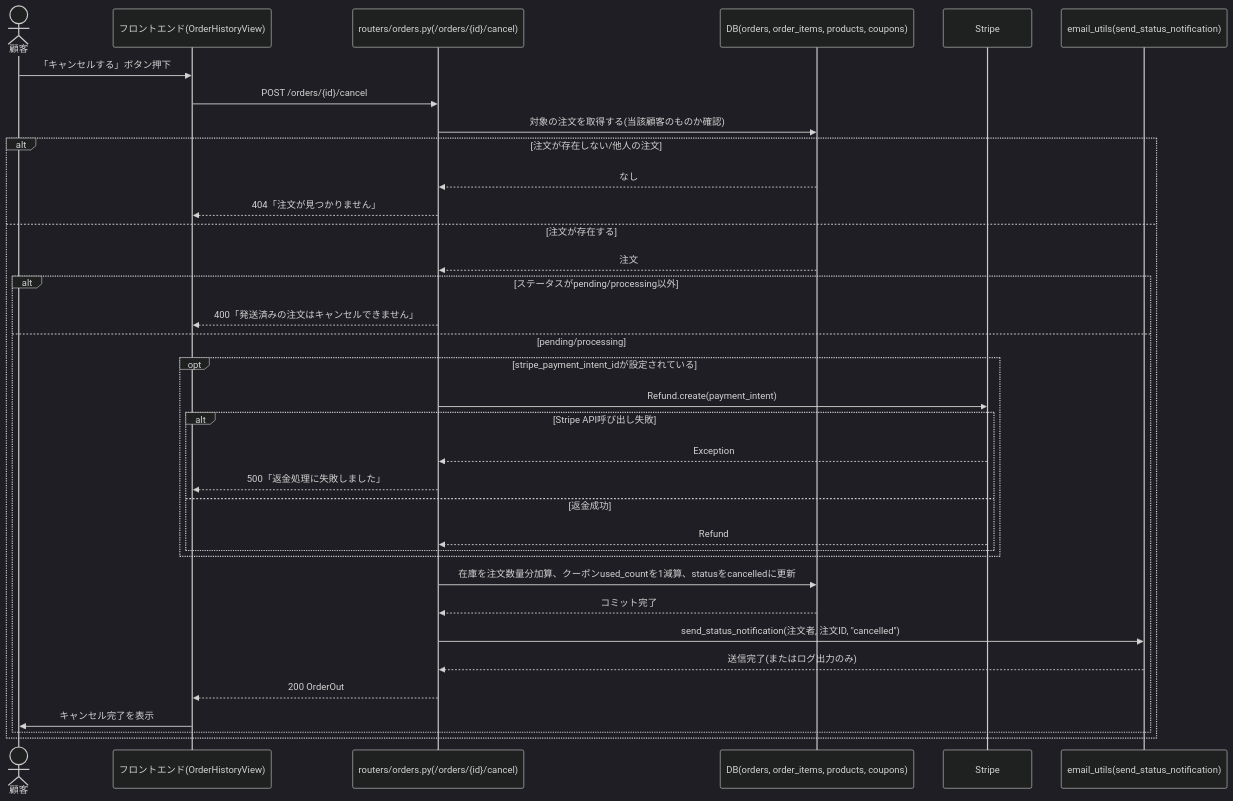
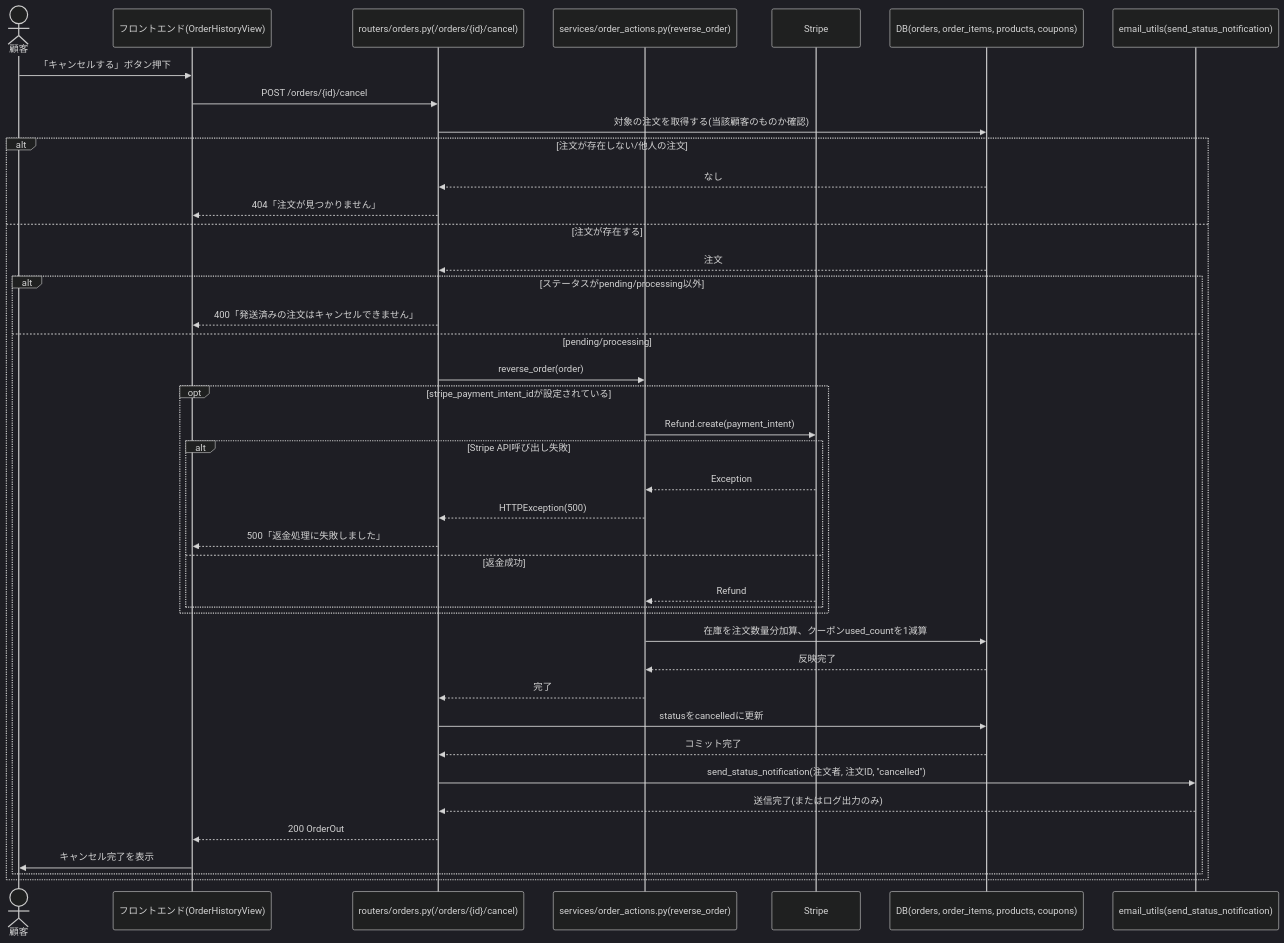
One commit to KokiNakano2nd/ec2site changed the sixth of 12 diagrams in docs/deliverables/internal_design/03_sequence_diagram.md. Above: the diagram before and after it, drawn with Mermaid (dark theme). The commit also changed other lines of this file and 1 other file, not shown here.

First line of the commit message:
Update internal design docs to match order-logic/DI refactor

````diff
--- a/docs/deliverables/internal_design/03_sequence_diagram.md
+++ b/docs/deliverables/internal_design/03_sequence_diagram.md
@@ -213,38 +219,44 @@
 ```mermaid
 sequenceDiagram
     actor 顧客
     participant Frontend as フロントエンド(OrderHistoryView)
     participant API as routers/orders.py(/orders/{id}/cancel)
+    participant Service as services/order_actions.py(reverse_order)
+    participant Stripe
     participant DB as DB(orders, order_items, products, coupons)
-    participant Stripe
     participant Mail as email_utils(send_status_notification)
 
     顧客->>Frontend: 「キャンセルする」ボタン押下
     Frontend->>API: POST /orders/{id}/cancel
     API->>DB: 対象の注文を取得する(当該顧客のものか確認)
     alt 注文が存在しない/他人の注文
         DB-->>API: なし
         API-->>Frontend: 404「注文が見つかりません」
     else 注文が存在する
         DB-->>API: 注文
         alt ステータスがpending/processing以外
             API-->>Frontend: 400「発送済みの注文はキャンセルできません」
         else pending/processing
+            API->>Service: reverse_order(order)
             opt stripe_payment_intent_idが設定されている
-                API->>Stripe: Refund.create(payment_intent)
+                Service->>Stripe: Refund.create(payment_intent)
                 alt Stripe API呼び出し失敗
-                    Stripe-->>API: Exception
+                    Stripe-->>Service: Exception
+                    Service-->>API: HTTPException(500)
                     API-->>Frontend: 500「返金処理に失敗しました」
                 else 返金成功
-                    Stripe-->>API: Refund
+                    Stripe-->>Service: Refund
                 end
             end
-            API->>DB: 在庫を注文数量分加算、クーポンused_countを1減算、statusをcancelledに更新
+            Service->>DB: 在庫を注文数量分加算、クーポンused_countを1減算
+            DB-->>Service: 反映完了
+            Service-->>API: 完了
+            API->>DB: statusをcancelledに更新
             DB-->>API: コミット完了
             API->>Mail: send_status_notification(注文者, 注文ID, "cancelled")
             Mail-->>API: 送信完了(またはログ出力のみ)
             API-->>Frontend: 200 OrderOut
             Frontend->>顧客: キャンセル完了を表示
         end
     end
 ```
````
